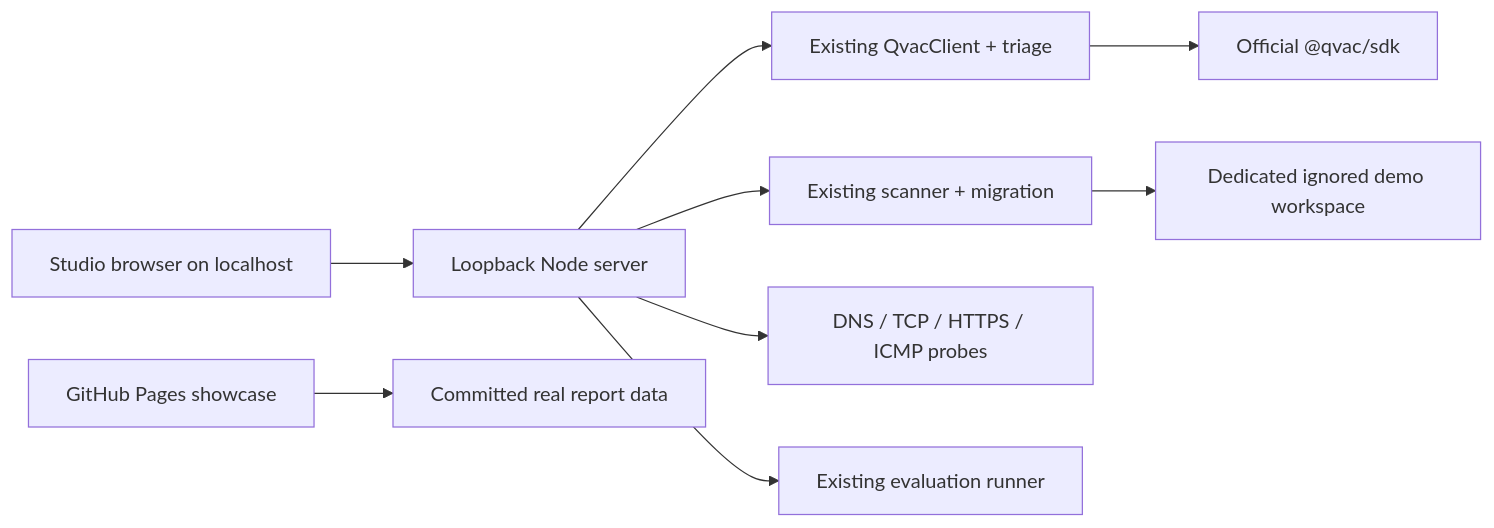
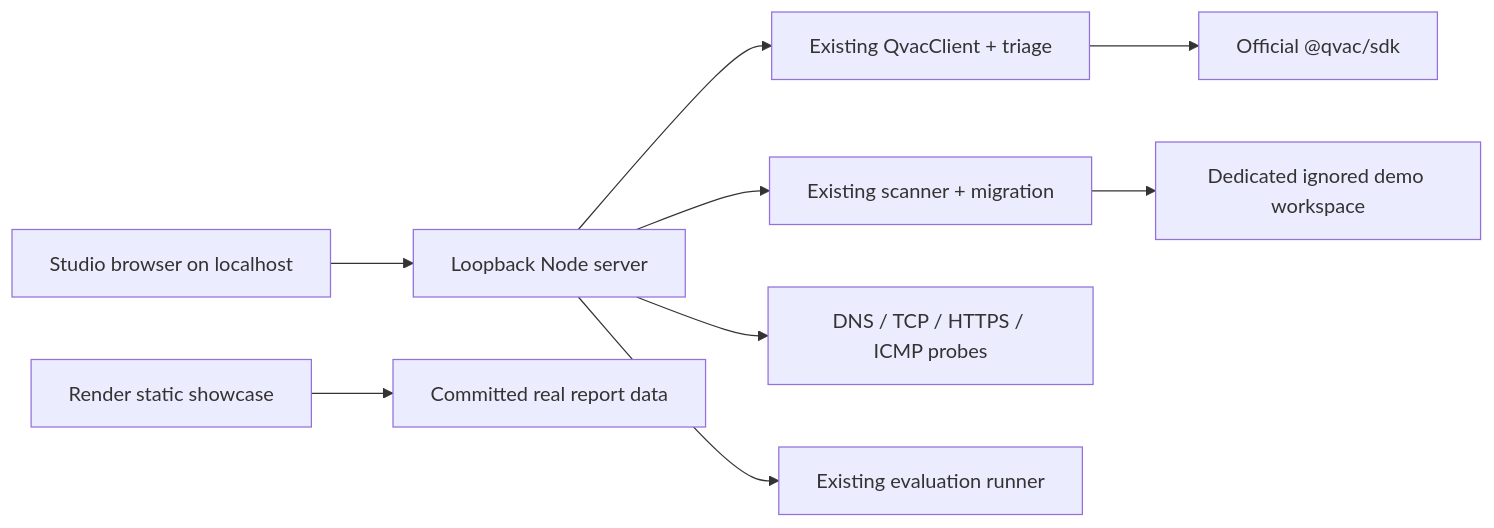
One commit to chapaevv123/pocketify-qvac changed the second of 2 diagrams in docs/ARCHITECTURE.md. Above: the diagram before and after it, drawn with Mermaid. The commit also changed other lines of this file and 11 other files, not shown here.

Commit message:
Deploy Pocketify Studio showcase on Render

````diff
--- a/docs/ARCHITECTURE.md
+++ b/docs/ARCHITECTURE.md
@@ -27,11 +27,11 @@
 ```mermaid
 flowchart LR
   Browser[Studio browser on localhost] --> Server[Loopback Node server]
   Server --> QVAC[Existing QvacClient + triage]
   QVAC --> SDK[Official @qvac/sdk]
   Server --> Scan[Existing scanner + migration]
   Scan --> Workspace[Dedicated ignored demo workspace]
   Server --> Probe[DNS / TCP / HTTPS / ICMP probes]
   Server --> Eval[Existing evaluation runner]
-  Pages[GitHub Pages showcase] --> Data[Committed real report data]
+  Render[Render static showcase] --> Data[Committed real report data]
 ```
````
